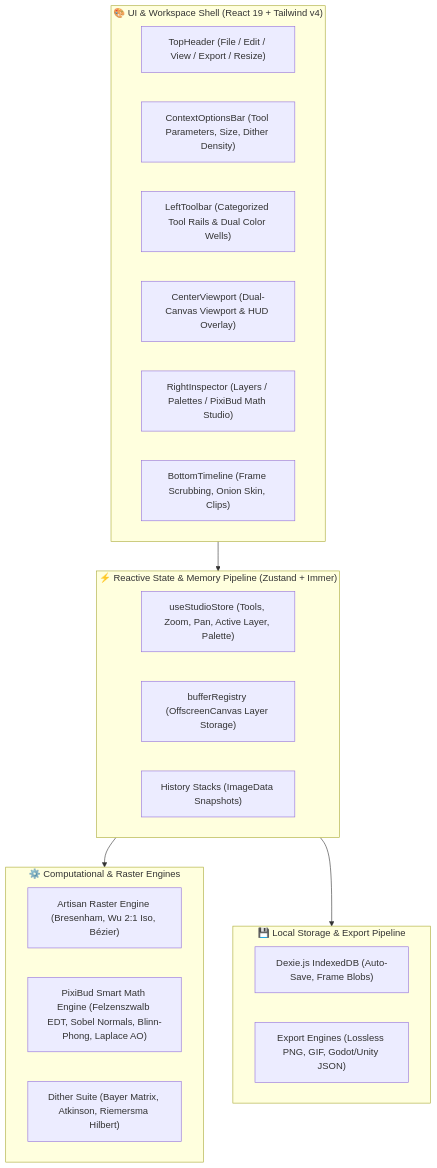
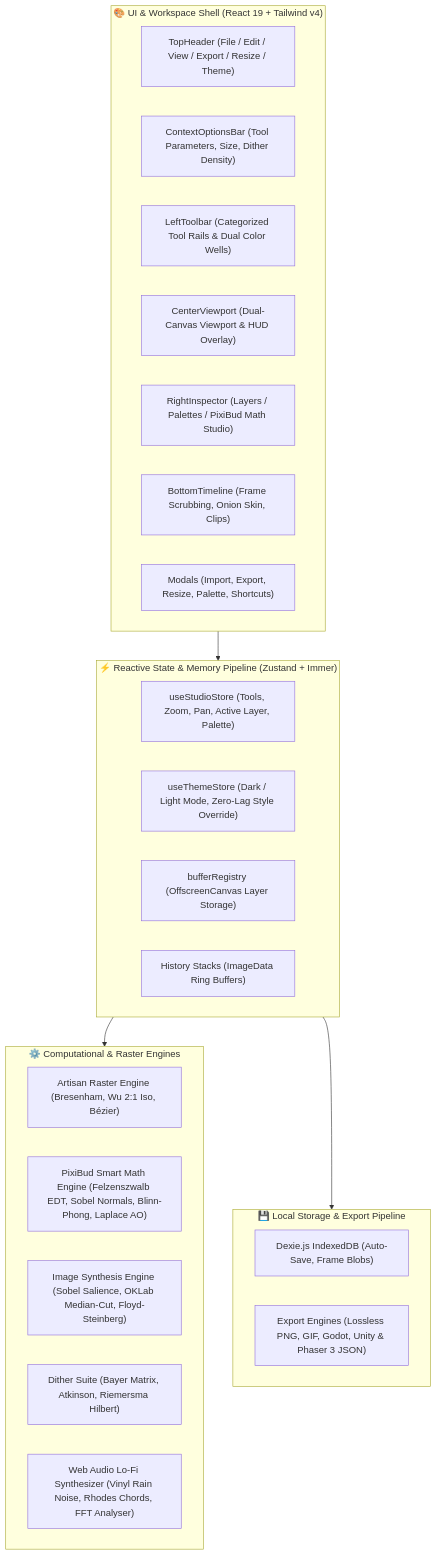
Before and after one commit to lxcario/PixiBun: the first of 6 diagrams in ARCHITECTURE.md, drawn with Mermaid. The commit also changed other lines of this file and 3 other files, not shown here.

Commit message:
docs: enrich technical specifications, shortcuts, and architecture documentation

````diff
--- a/ARCHITECTURE.md
+++ b/ARCHITECTURE.md
@@ -17,32 +17,36 @@
 ```mermaid
 graph TD
     subgraph UI_Layer ["🎨 UI & Workspace Shell (React 19 + Tailwind v4)"]
-        TopNav["TopHeader (File / Edit / View / Export / Resize)"]
+        TopNav["TopHeader (File / Edit / View / Export / Resize / Theme)"]
         OptionStrip["ContextOptionsBar (Tool Parameters, Size, Dither Density)"]
         LeftRail["LeftToolbar (Categorized Tool Rails & Dual Color Wells)"]
         ViewportShell["CenterViewport (Dual-Canvas Viewport & HUD Overlay)"]
         RightStudio["RightInspector (Layers / Palettes / PixiBud Math Studio)"]
         TimelineDock["BottomTimeline (Frame Scrubbing, Onion Skin, Clips)"]
+        Modals["Modals (Import, Export, Resize, Palette, Shortcuts)"]
     end
 
     subgraph State_Layer ["⚡ Reactive State & Memory Pipeline (Zustand + Immer)"]
         Store["useStudioStore (Tools, Zoom, Pan, Active Layer, Palette)"]
+        Theme["useThemeStore (Dark / Light Mode, Zero-Lag Style Override)"]
         BufferReg["bufferRegistry (OffscreenCanvas Layer Storage)"]
-        UndoRedo["History Stacks (ImageData Snapshots)"]
+        UndoRedo["History Stacks (ImageData Ring Buffers)"]
     end
 
     subgraph Core_Engines ["⚙️ Computational & Raster Engines"]
         RasterCore["Artisan Raster Engine (Bresenham, Wu 2:1 Iso, Bézier)"]
         MathCore["PixiBud Smart Math Engine (Felzenszwalb EDT, Sobel Normals, Blinn-Phong, Laplace AO)"]
+        PixelizeCore["Image Synthesis Engine (Sobel Salience, OKLab Median-Cut, Floyd-Steinberg)"]
         DitherCore["Dither Suite (Bayer Matrix, Atkinson, Riemersma Hilbert)"]
+        AudioCore["Web Audio Lo-Fi Synthesizer (Vinyl Rain Noise, Rhodes Chords, FFT Analyser)"]
     end
 
     subgraph Storage_Layer ["💾 Local Storage & Export Pipeline"]
         DexieDB["Dexie.js IndexedDB (Auto-Save, Frame Blobs)"]
-        Exporter["Export Engines (Lossless PNG, GIF, Godot/Unity JSON)"]
+        Exporter["Export Engines (Lossless PNG, GIF, Godot, Unity & Phaser 3 JSON)"]
     end
 
     UI_Layer --> State_Layer
     State_Layer --> Core_Engines
     State_Layer --> Storage_Layer
 ```
````
